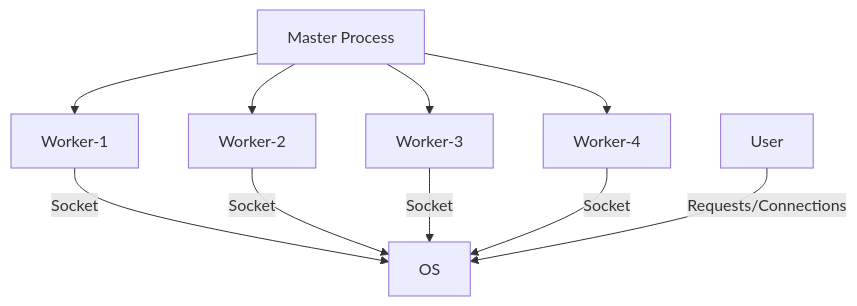
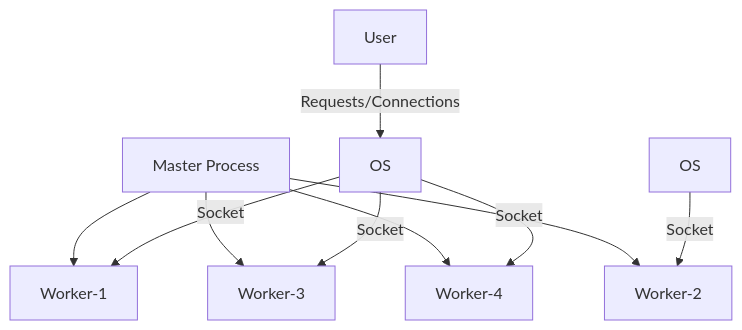
Before and after one commit to apakhbari/CheatSheets: the diagram in Web-Server/Nginx/Nginx_cs.md, drawn with Mermaid. The commit also changed other lines of this file, not shown here.

Commit message:
updated graph

````diff
--- a/Web-Server/Nginx/Nginx_cs.md
+++ b/Web-Server/Nginx/Nginx_cs.md
@@ -37,12 +37,12 @@
 ```mermaid
 graph TD;
 A[Master Process]-->B[Worker-1];
 A[Master Process]-->C[Worker-2];
 A[Master Process]-->D[Worker-3];
 A[Master Process]-->F[Worker-4];
-B[Worker-1]-- Socket -->G[OS];
-C[Worker-2]-- Socket -->G[OS];
-D[Worker-3]-- Socket -->G[OS];
-F[Worker-4]-- Socket -->G[OS];
+G[OS]-- Socket -->B[Worker-1];
+CG[OS]-- Socket -->C[Worker-2];
+G[OS]-- Socket -->D[Worker-3];
+G[OS]-- Socket -->F[Worker-4];
 H[User]-- Requests/Connections --> G[OS] ;
 ```
````
